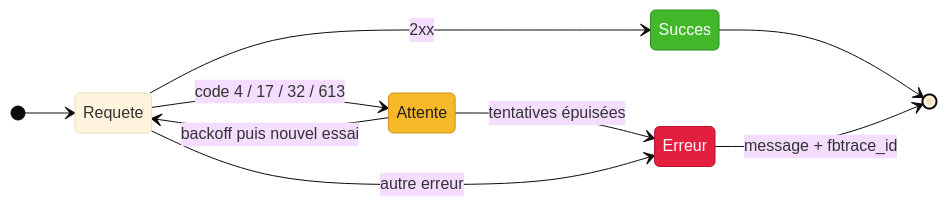
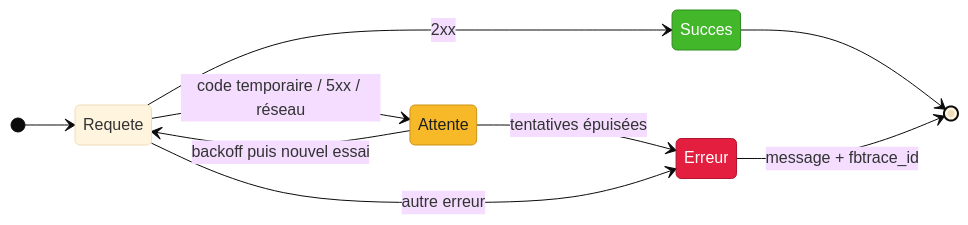
The eighth of 11 diagrams in README.md (teremuhamblin/FBtools), drawn with Mermaid before and after one commit. The commit also changed other lines of this file and 20 other files, not shown here.

````diff
--- a/README.md
+++ b/README.md
@@ -392,19 +411,19 @@
 ```mermaid
 %%{init: {'theme':'base', 'themeVariables': {'fontFamily':'Segoe UI, Helvetica, Arial, sans-serif'}}}%%
 stateDiagram-v2
     direction LR
     [*] --> Requete
     Requete --> Succes: 2xx
-    Requete --> Attente: code 4 / 17 / 32 / 613
+    Requete --> Attente: code temporaire / 5xx / réseau
     Attente --> Requete: backoff puis nouvel essai
     Attente --> Erreur: tentatives épuisées
     Requete --> Erreur: autre erreur
     Succes --> [*]
     Erreur --> [*]: message + fbtrace_id
     classDef ok fill:#42B72A,color:#FFFFFF,stroke:#2E8B1E
     classDef ko fill:#E41E3F,color:#FFFFFF,stroke:#B0142F
     classDef wait fill:#F7B928,color:#1C1E21,stroke:#C99316
     class Succes ok
     class Erreur ko
     class Attente wait
 ```
````
